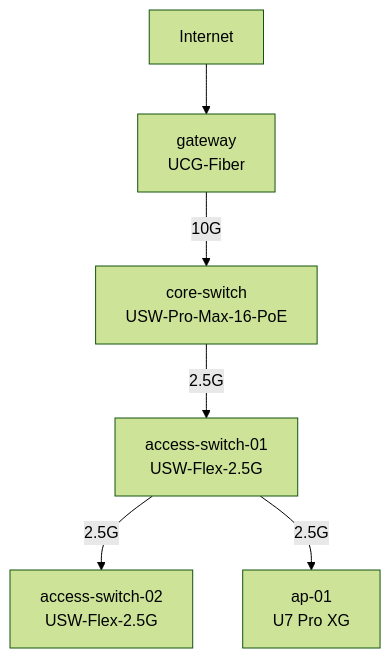
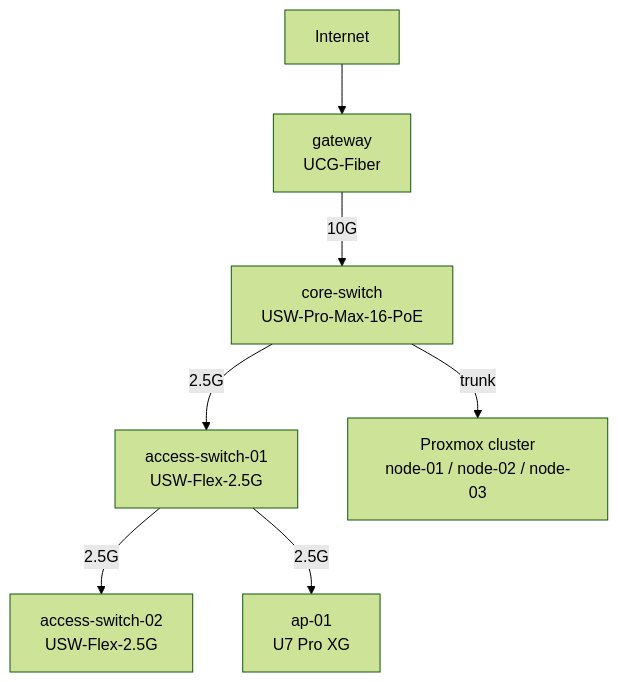
The diagram in README.md (Duresa7/Labs), drawn with Mermaid (forest theme) before and after one commit. The commit also changed other lines of this file and 18 other files, not shown here.

````diff
--- a/README.md
+++ b/README.md
@@ -23,15 +21,17 @@
 ```mermaid
 flowchart TD
     NET["Internet"]
     GW["gateway<br/>UCG-Fiber"]
     CORE["core-switch<br/>USW-Pro-Max-16-PoE"]
     A1["access-switch-01<br/>USW-Flex-2.5G"]
     A2["access-switch-02<br/>USW-Flex-2.5G"]
     AP["ap-01<br/>U7 Pro XG"]
+    PVE["Proxmox cluster<br/>node-01 / node-02 / node-03"]
 
     NET --> GW
     GW -->|10G| CORE
     CORE -->|2.5G| A1
+    CORE -->|trunk| PVE
     A1 -->|2.5G| A2
     A1 -->|2.5G| AP
 ```
````
